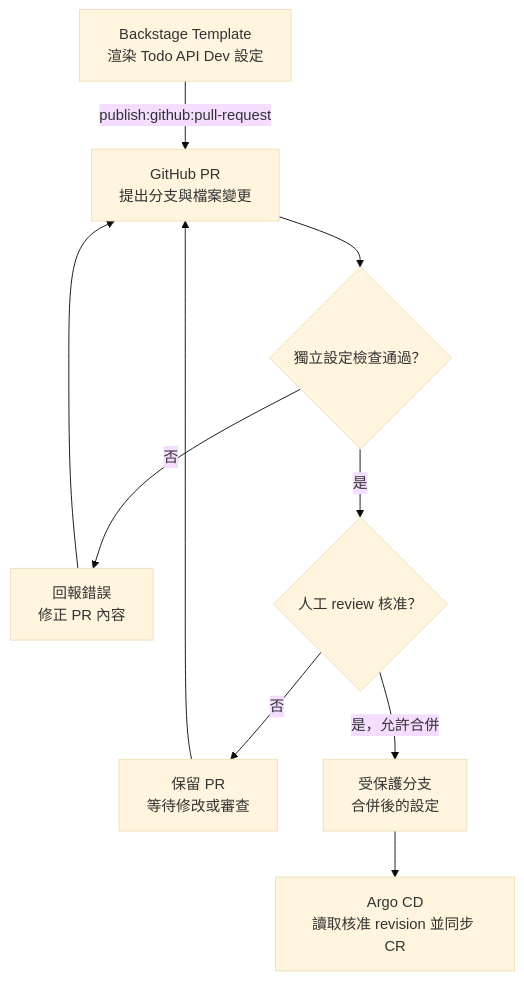
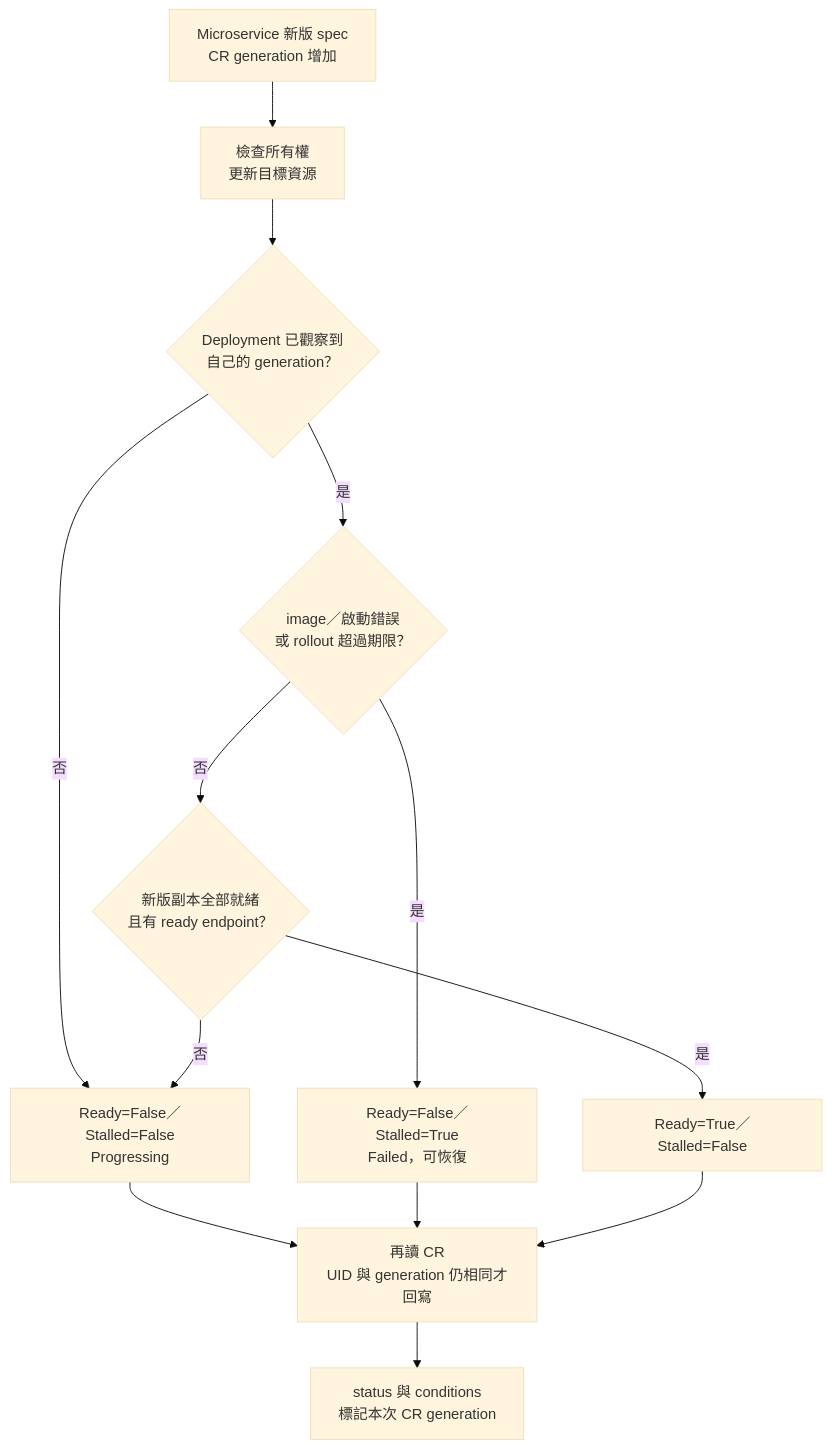
Before and after one commit to yrw9281/IT30.Platform.Engineering: the diagram in doc/zh-tw/D22.md, drawn with Mermaid (base theme). The commit also changed other lines of this file and 30 other files, not shown here.

````diff
--- a/doc/zh-tw/D22.md
+++ b/doc/zh-tw/D22.md
@@ -43,21 +85,15 @@
 ```mermaid
 flowchart TD
-    Template["Backstage Template<br/>渲染 Todo API Dev 設定"]
-    PR["GitHub PR<br/>提出分支與檔案變更"]
-    Checks{"獨立設定檢查通過？"}
-    Fix["回報錯誤<br/>修正 PR 內容"]
-    Review{"人工 review 核准？"}
-    Pending["保留 PR<br/>等待修改或審查"]
-    Main["受保護分支<br/>合併後的設定"]
-    Argo["Argo CD<br/>讀取核准 revision 並同步 CR"]
-
-    Template -->|"publish:github:pull-request"| PR
-    PR --> Checks
-    Checks -->|"否"| Fix
-    Fix --> PR
-    Checks -->|"是"| Review
-    Review -->|"否"| Pending
-    Pending --> PR
-    Review -->|"是，允許合併"| Main
-    Main --> Argo
+    CR["Microservice 新版 spec<br/>CR generation 增加"] --> Apply["檢查所有權<br/>更新目標資源"]
+    Apply --> Observe{"Deployment 已觀察到<br/>自己的 generation？"}
+    Observe -->|"否"| Pending["Ready=False／Stalled=False<br/>Progressing"]
+    Observe -->|"是"| Error{"image／啟動錯誤<br/>或 rollout 超過期限？"}
+    Error -->|"是"| Failed["Ready=False／Stalled=True<br/>Failed，可恢復"]
+    Error -->|"否"| Complete{"新版副本全部就緒<br/>且有 ready endpoint？"}
+    Complete -->|"否"| Pending
+    Complete -->|"是"| Ready["Ready=True／Stalled=False"]
+    Pending --> Guard["再讀 CR<br/>UID 與 generation 仍相同才回寫"]
+    Failed --> Guard
+    Ready --> Guard
+    Guard --> Status["status 與 conditions<br/>標記本次 CR generation"]
 ```
````
